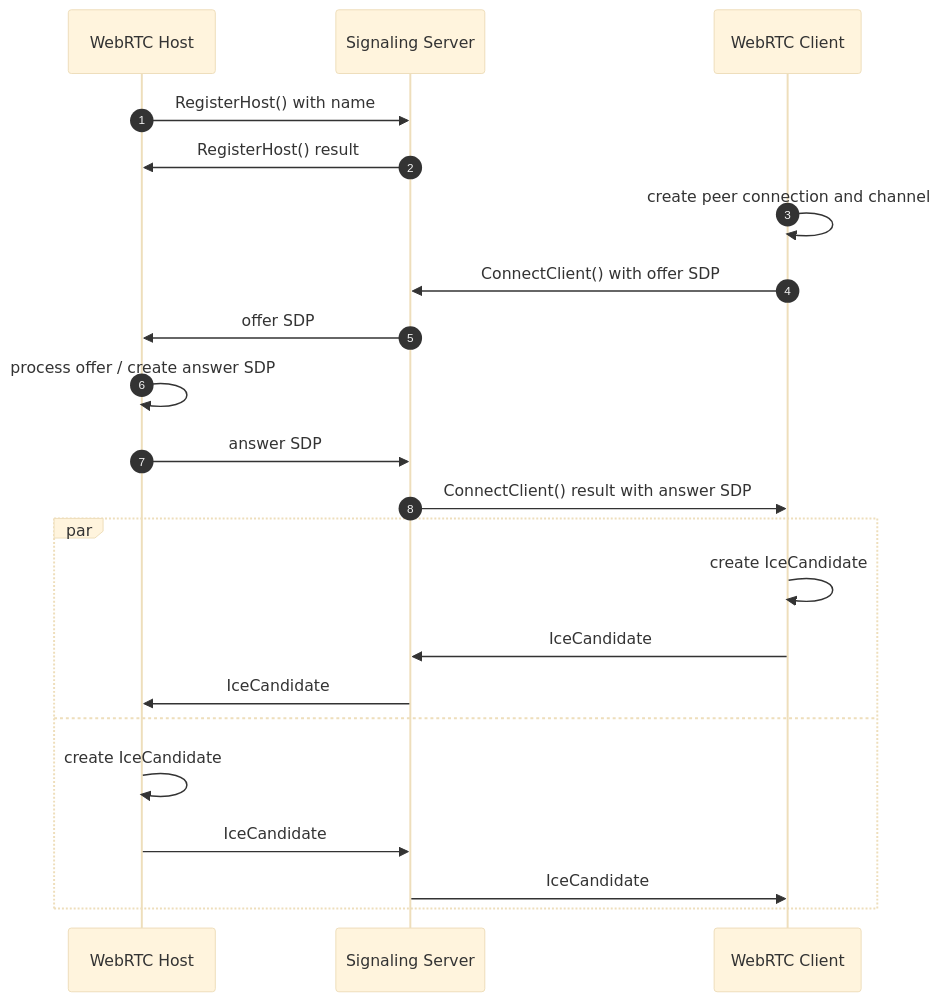
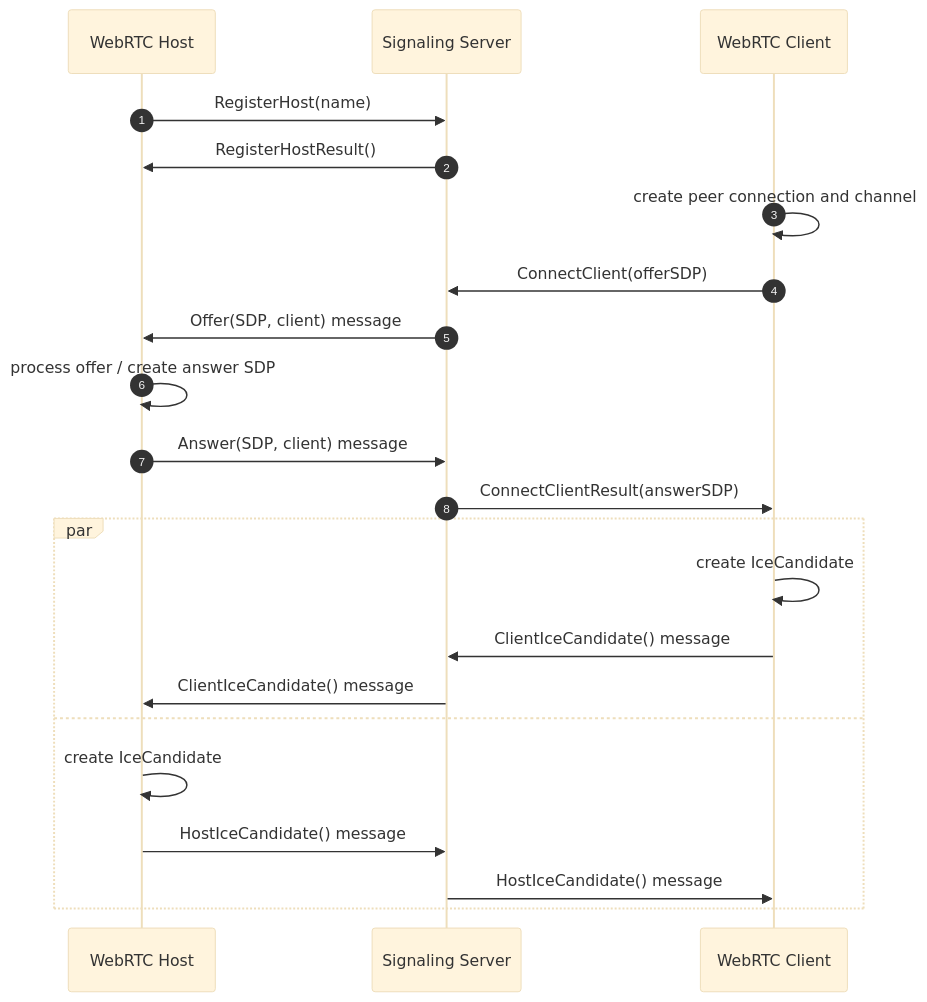
The diagram in Json/Fliox.Hub.WebRTC/README.md (friflo/Friflo.Json.Fliox), drawn with Mermaid (base theme) before and after one commit. The commit also changed 7 other files, not shown here.

Commit message:
WebRTC - WIP

````diff
--- a/Json/Fliox.Hub.WebRTC/README.md
+++ b/Json/Fliox.Hub.WebRTC/README.md
@@ -18,27 +18,27 @@
 ``` mermaid
 sequenceDiagram
   autonumber
-    WebRTC Host      ->>    Signaling Server:   RegisterHost() with name
-    Signaling Server ->>    WebRTC Host:        RegisterHost() result
+    WebRTC Host      ->>    Signaling Server:   RegisterHost(name)
+    Signaling Server ->>    WebRTC Host:        RegisterHostResult()
 
     WebRTC Client    ->>    WebRTC Client:      create peer connection and channel
-    WebRTC Client    ->>    Signaling Server:   ConnectClient() with offer SDP
+    WebRTC Client    ->>    Signaling Server:   ConnectClient(offerSDP)
 
-    Signaling Server ->>    WebRTC Host:        offer SDP
+    Signaling Server ->>    WebRTC Host:        Offer(SDP, client) message
     WebRTC Host      ->>    WebRTC Host:        process offer / create answer SDP
-    WebRTC Host      ->>    Signaling Server:   answer SDP
+    WebRTC Host      ->>    Signaling Server:   Answer(SDP, client) message
 
-    Signaling Server ->>    WebRTC Client:      ConnectClient() result with answer SDP
+    Signaling Server ->>    WebRTC Client:      ConnectClientResult(answerSDP)
 
   autonumber off
   par
     WebRTC Client    ->>    WebRTC Client:      create IceCandidate
-    WebRTC Client    ->>    Signaling Server:   IceCandidate
-    Signaling Server ->>    WebRTC Host:        IceCandidate
+    WebRTC Client    ->>    Signaling Server:   ClientIceCandidate() message
+    Signaling Server ->>    WebRTC Host:        ClientIceCandidate() message
   and
     WebRTC Host      ->>    WebRTC Host:        create IceCandidate
-    WebRTC Host      ->>    Signaling Server:   IceCandidate
-    Signaling Server ->>    WebRTC Client:      IceCandidate
+    WebRTC Host      ->>    Signaling Server:   HostIceCandidate() message
+    Signaling Server ->>    WebRTC Client:      HostIceCandidate() message
   end
 
 ``` 
````
